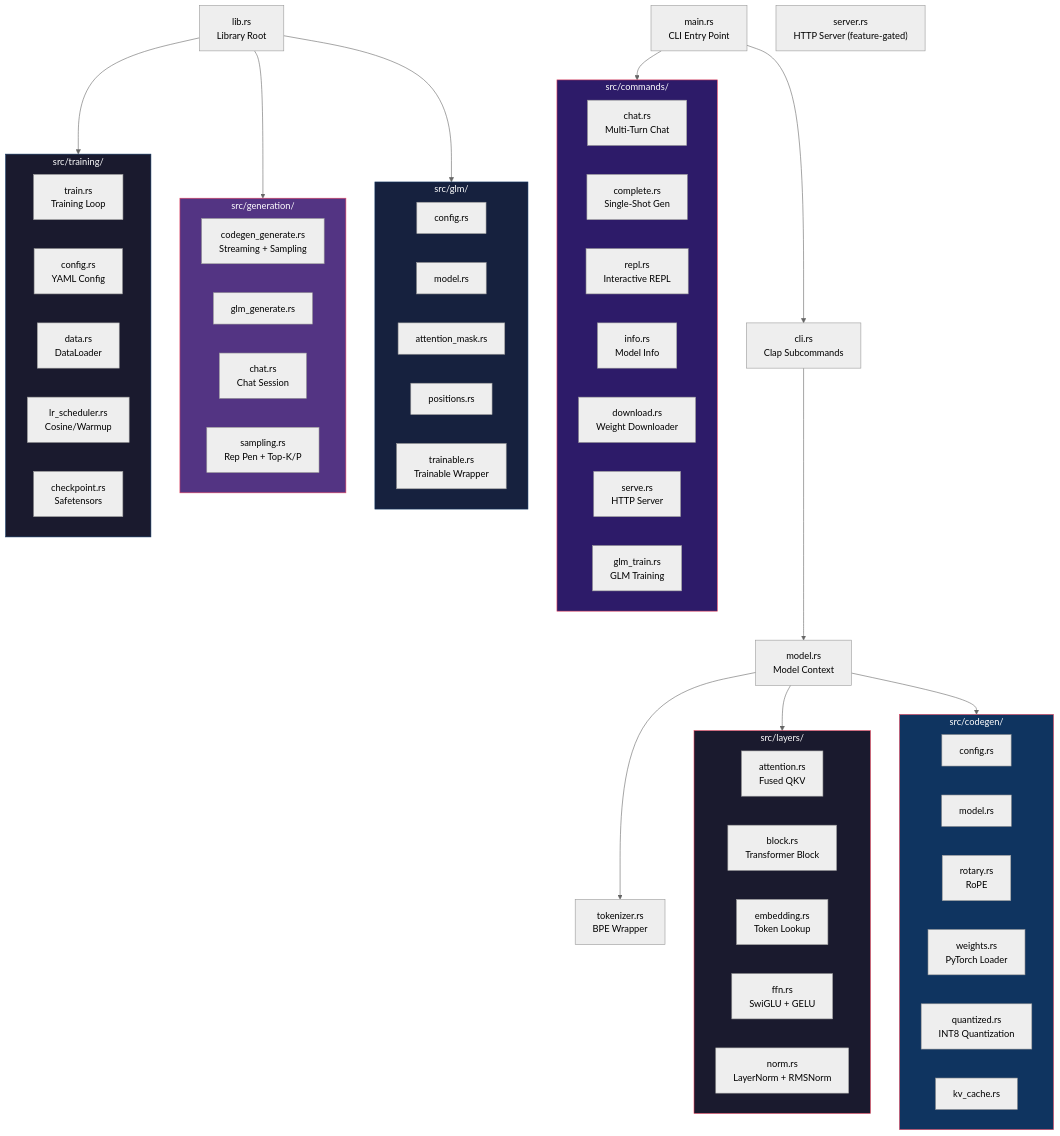
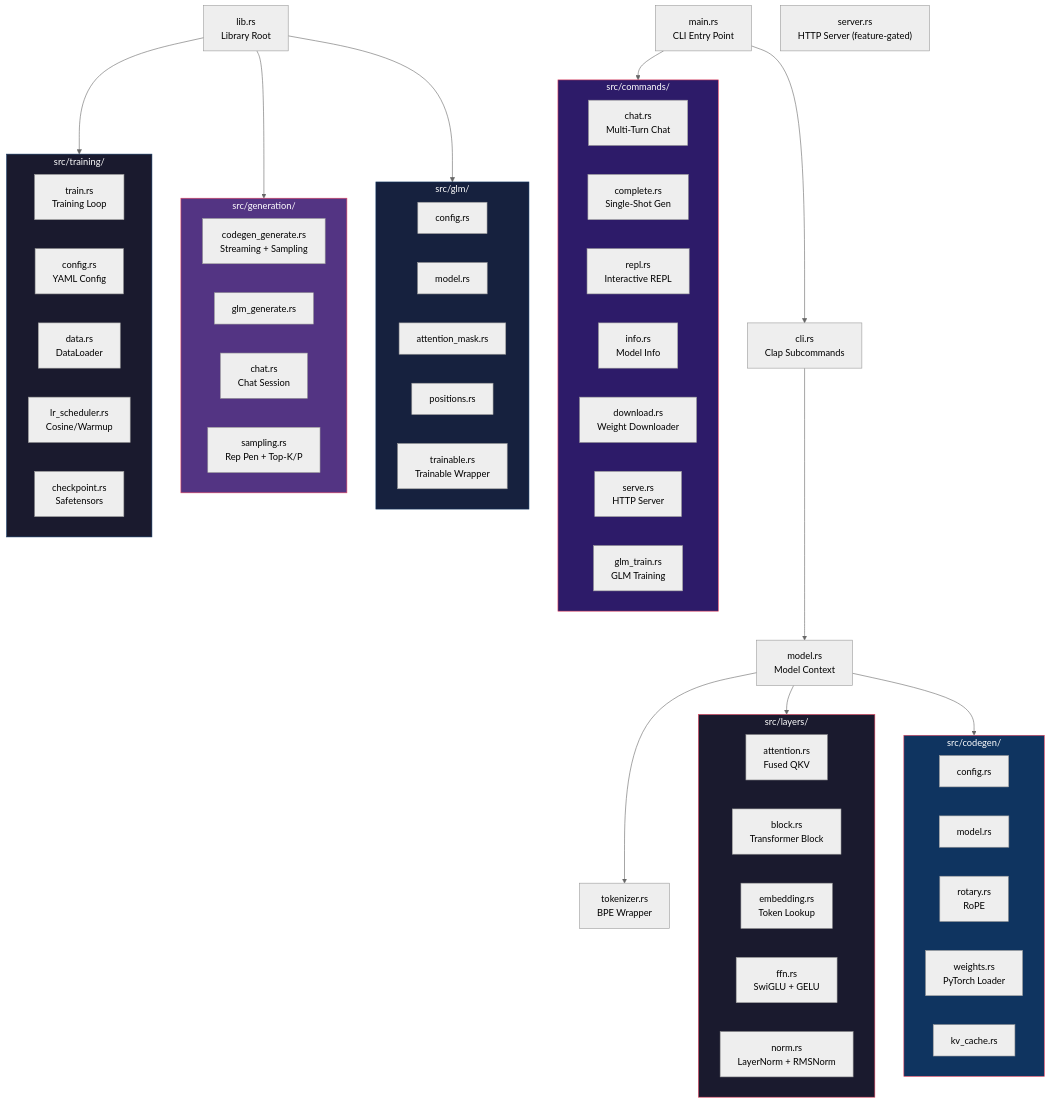
The sixth of 6 diagrams in README.md (Ayyankhan101/Transformer-In-Rust), drawn with Mermaid (neutral theme) before and after one commit. The commit also changed other lines of this file and 36 other files, not shown here.

````diff
--- a/README.md
+++ b/README.md
@@ -174,77 +182,76 @@
 ```mermaid
 graph TD
     Main["main.rs<br/>CLI Entry Point"]
     Cli["cli.rs<br/>Clap Subcommands"]
     Model["model.rs<br/>Model Context"]
     Tok["tokenizer.rs<br/>BPE Wrapper"]
     Lib["lib.rs<br/>Library Root"]
 
     subgraph Commands["src/commands/"]
         Chat["chat.rs<br/>Multi-Turn Chat"]
         Complete["complete.rs<br/>Single-Shot Gen"]
         Repl["repl.rs<br/>Interactive REPL"]
         Info["info.rs<br/>Model Info"]
         Download["download.rs<br/>Weight Downloader"]
         Serve["serve.rs<br/>HTTP Server"]
         GlmTrain["glm_train.rs<br/>GLM Training"]
     end
 
     subgraph Layers["src/layers/"]
         Att["attention.rs<br/>Fused QKV"]
         Blk["block.rs<br/>Transformer Block"]
         Emb["embedding.rs<br/>Token Lookup"]
         FFN["ffn.rs<br/>SwiGLU + GELU"]
         Norm["norm.rs<br/>LayerNorm + RMSNorm"]
     end
 
     subgraph GLMMod["src/glm/"]
         GC["config.rs"]
         GM["model.rs"]
         GAM["attention_mask.rs"]
         GP["positions.rs"]
         GT["trainable.rs<br/>Trainable Wrapper"]
     end
 
     subgraph CGMod["src/codegen/"]
         CC["config.rs"]
         CM["model.rs"]
         CR["rotary.rs<br/>RoPE"]
         CW["weights.rs<br/>PyTorch Loader"]
-        CQ["quantized.rs<br/>INT8 Quantization"]
         CK["kv_cache.rs"]
     end
 
     subgraph GenMod["src/generation/"]
         CG["codegen_generate.rs<br/>Streaming + Sampling"]
         GGen["glm_generate.rs"]
         ChatGen["chat.rs<br/>Chat Session"]
         Samp["sampling.rs<br/>Rep Pen + Top-K/P"]
     end
 
     subgraph TrainMod["src/training/"]
         TR["train.rs<br/>Training Loop"]
         Conf["config.rs<br/>YAML Config"]
         Data["data.rs<br/>DataLoader"]
         LR["lr_scheduler.rs<br/>Cosine/Warmup"]
         CP["checkpoint.rs<br/>Safetensors"]
     end
 
     Server["server.rs<br/>HTTP Server (feature-gated)"]
 
     Main --> Cli
     Main --> Commands
     Cli --> Model
     Model --> Tok
     Model --> Layers
     Model --> CGMod
     Lib --> GLMMod
     Lib --> GenMod
     Lib --> TrainMod
 
     style Layers fill:#1a1a2e,stroke:#e94560,color:#fff
     style GLMMod fill:#16213e,stroke:#0f3460,color:#fff
     style CGMod fill:#0f3460,stroke:#e94560,color:#fff
     style GenMod fill:#533483,stroke:#e94560,color:#fff
     style TrainMod fill:#1a1a2e,stroke:#0f3460,color:#fff
     style Commands fill:#2d1b69,stroke:#e94560,color:#fff
 ```
````
